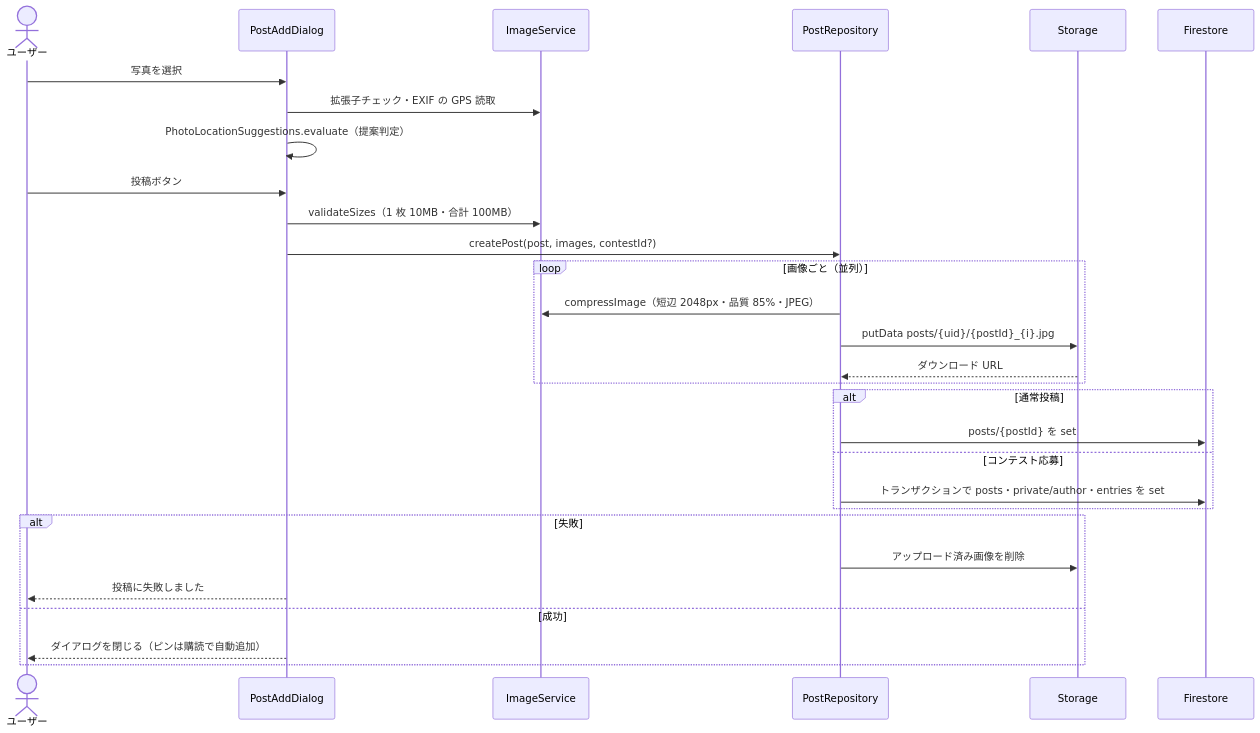
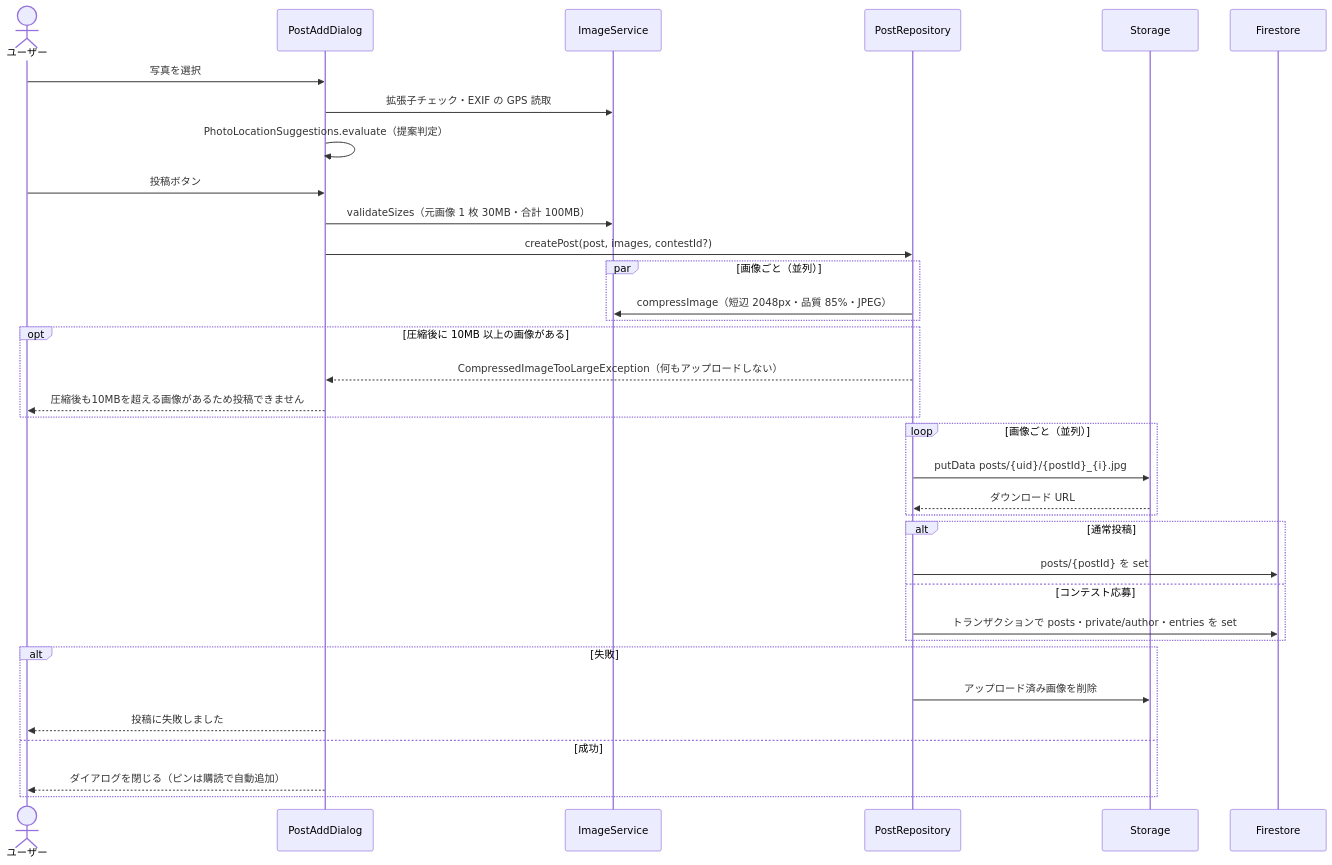
Before and after one commit to Yokochi513/afterglow_app: the second of 2 diagrams in docs/design/02_地図・投稿作成.md, drawn with Mermaid. The commit also changed other lines of this file and 4 other files, not shown here.

````diff
--- a/docs/design/02_地図・投稿作成.md
+++ b/docs/design/02_地図・投稿作成.md
@@ -66,32 +66,38 @@
 ```mermaid
 sequenceDiagram
   actor U as ユーザー
   participant D as PostAddDialog
   participant IS as ImageService
   participant PS as PostRepository
   participant ST as Storage
   participant FS as Firestore
 
   U->>D: 写真を選択
   D->>IS: 拡張子チェック・EXIF の GPS 読取
   D->>D: PhotoLocationSuggestions.evaluate（提案判定）
   U->>D: 投稿ボタン
-  D->>IS: validateSizes（1 枚 10MB・合計 100MB）
+  D->>IS: validateSizes（元画像 1 枚 30MB・合計 100MB）
   D->>PS: createPost(post, images, contestId?)
+  par 画像ごと（並列）
+    PS->>IS: compressImage（短辺 2048px・品質 85%・JPEG）
+  end
+  opt 圧縮後に 10MB 以上の画像がある
+    PS-->>D: CompressedImageTooLargeException（何もアップロードしない）
+    D-->>U: 圧縮後も10MBを超える画像があるため投稿できません
+  end
   loop 画像ごと（並列）
-    PS->>IS: compressImage（短辺 2048px・品質 85%・JPEG）
     PS->>ST: putData posts/{uid}/{postId}_{i}.jpg
     ST-->>PS: ダウンロード URL
   end
   alt 通常投稿
     PS->>FS: posts/{postId} を set
   else コンテスト応募
     PS->>FS: トランザクションで posts・private/author・entries を set
   end
   alt 失敗
     PS->>ST: アップロード済み画像を削除
     D-->>U: 投稿に失敗しました
   else 成功
     D-->>U: ダイアログを閉じる（ピンは購読で自動追加）
   end
 ```
````
